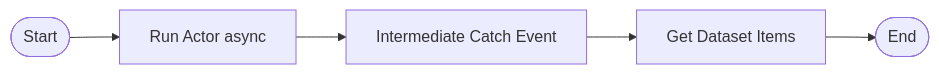
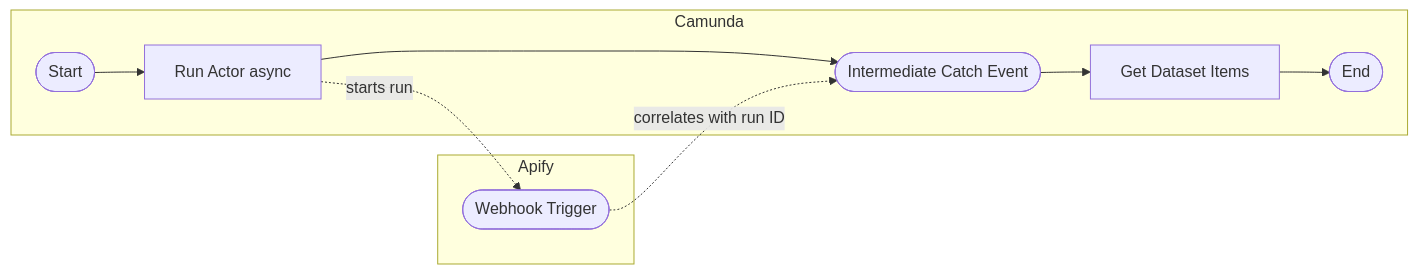
The third of 5 diagrams in CONTRIBUTING.md (apify/apify-camunda-integration), drawn with Mermaid before and after one commit. The commit also changed other lines of this file and 9 other files, not shown here.

````diff
--- a/CONTRIBUTING.md
+++ b/CONTRIBUTING.md
@@ -395,7 +329,14 @@
 ```mermaid
 graph LR
-    A([Start]) --> B[Run Actor async]
-    B --> C[Intermediate Catch Event]
-    C --> D[Get Dataset Items]
-    D --> E([End])
+    subgraph Camunda
+        A([Start]) --> B[Run Actor async]
+        B --> C([Intermediate Catch Event])
+        C --> D[Get Dataset Items]
+        D --> E([End])
+    end
+    subgraph Apify
+        W([Webhook Trigger])
+    end
+    B -.->|starts run| W
+    W -.->|correlates with run ID| C
 ```
````
